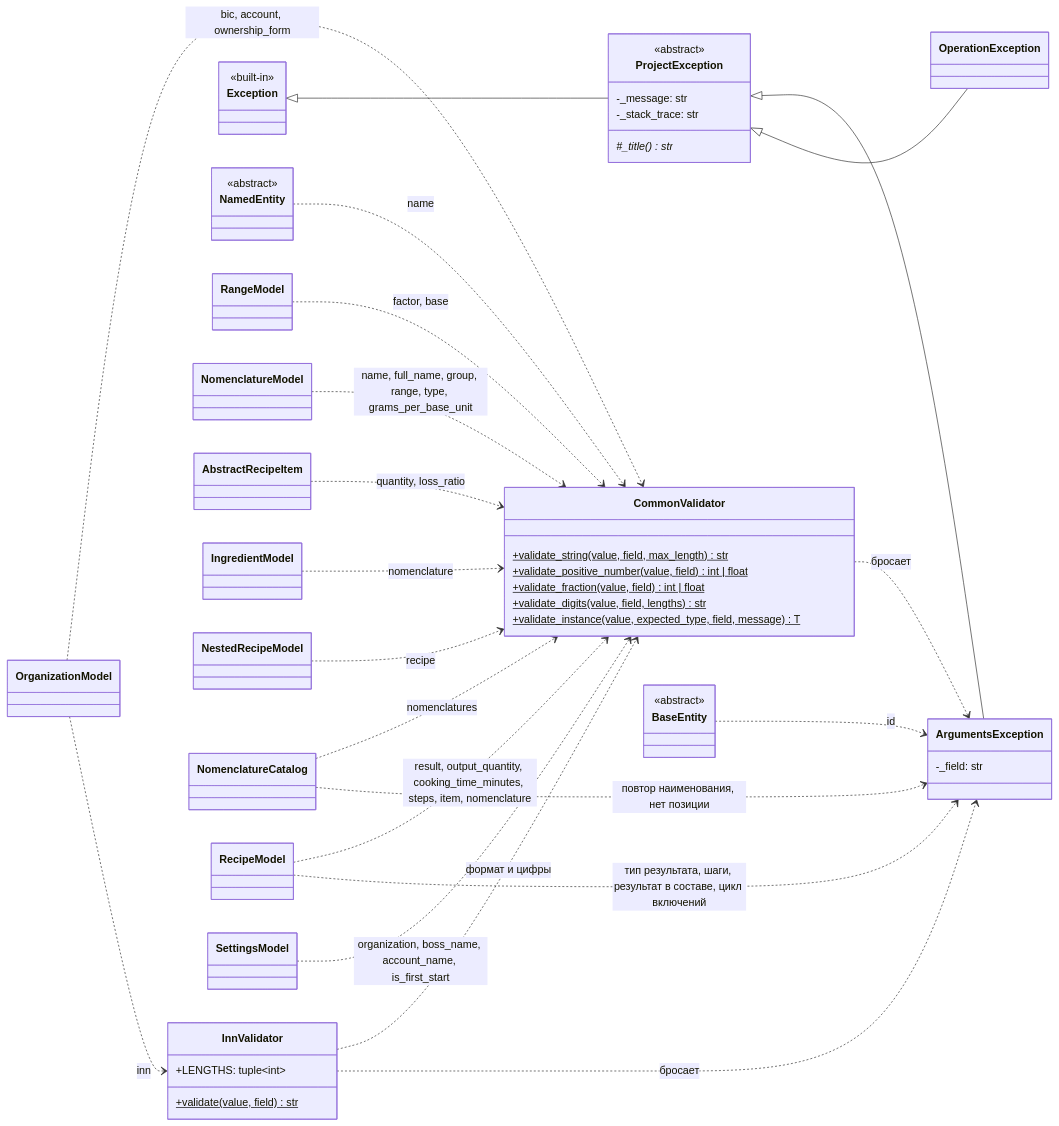
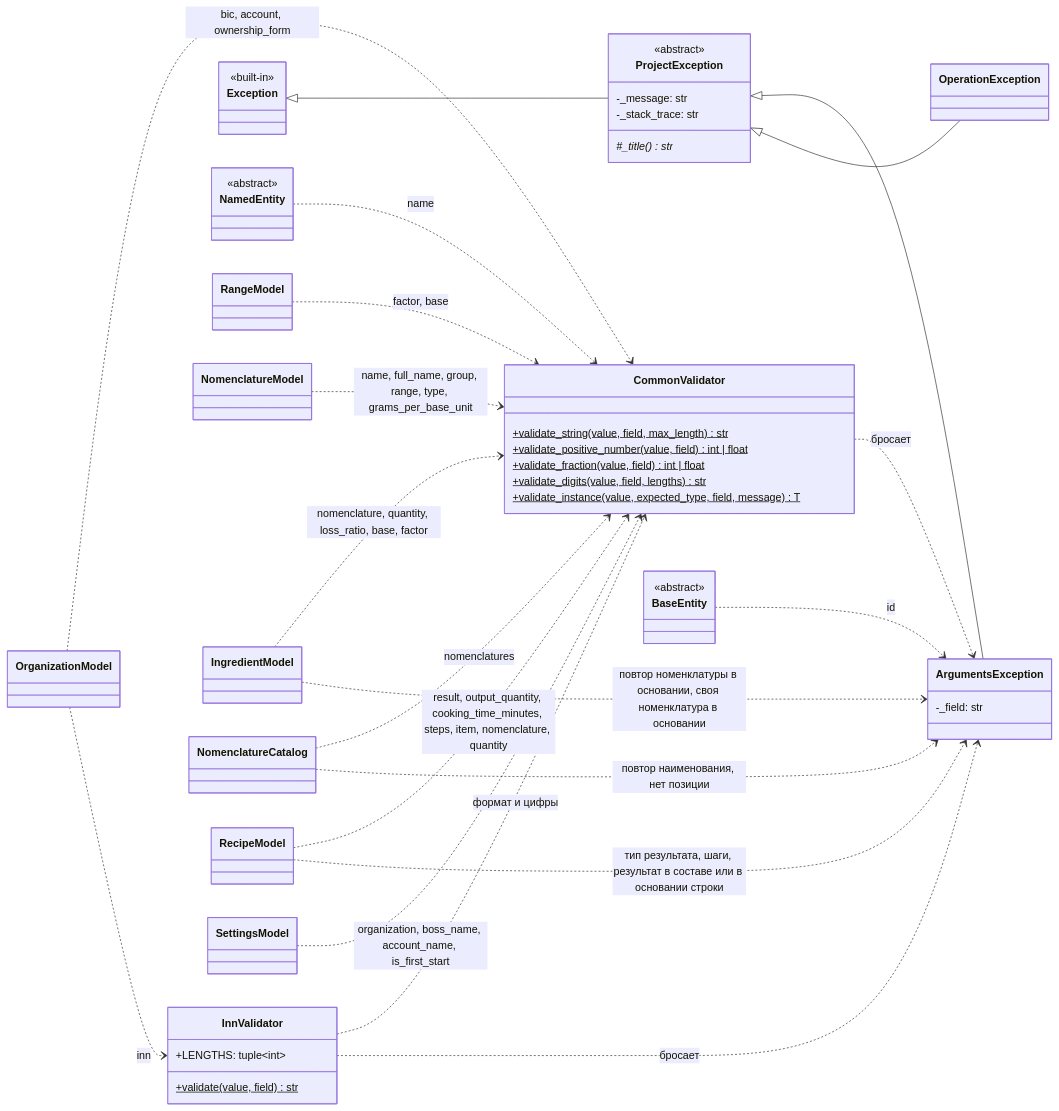
One commit to asutenshi/design-patterns changed the third of 5 diagrams in Docs/ClassDiagram.md. Above: the diagram before and after it, drawn with Mermaid. The commit also changed other lines of this file and 13 other files, not shown here.

First line of the commit message:
refactor: replace nested recipes with ingredient base snapshots

````diff
--- a/Docs/ClassDiagram.md
+++ b/Docs/ClassDiagram.md
@@ -323,73 +294,70 @@
 ```mermaid
 classDiagram
     direction LR
 
     class CommonValidator {
         +validate_string(value, field, max_length)$ str
         +validate_positive_number(value, field)$ int | float
         +validate_fraction(value, field)$ int | float
         +validate_digits(value, field, lengths)$ str
         +validate_instance(value, expected_type, field, message)$ T
     }
 
     class InnValidator {
         +LENGTHS: tuple~int~
         +validate(value, field)$ str
     }
 
     class ProjectException {
         <<abstract>>
         -_message: str
         -_stack_trace: str
         #_title()* str
     }
 
     class ArgumentsException {
         -_field: str
     }
 
     class OperationException
 
     class Exception {
         <<built-in>>
     }
 
     class NamedEntity {
         <<abstract>>
     }
 
     class BaseEntity {
         <<abstract>>
     }
 
     class RangeModel
     class NomenclatureModel
-    class AbstractRecipeItem
     class IngredientModel
-    class NestedRecipeModel
     class NomenclatureCatalog
     class RecipeModel
     class OrganizationModel
     class SettingsModel
 
     Exception <|-- ProjectException
     ProjectException <|-- ArgumentsException
     ProjectException <|-- OperationException
     InnValidator ..> CommonValidator : формат и цифры
     CommonValidator ..> ArgumentsException : бросает
     InnValidator ..> ArgumentsException : бросает
     BaseEntity ..> ArgumentsException : id
     NamedEntity ..> CommonValidator : name
     RangeModel ..> CommonValidator : factor, base
     NomenclatureModel ..> CommonValidator : name, full_name, group, range, type, grams_per_base_unit
-    AbstractRecipeItem ..> CommonValidator : quantity, loss_ratio
-    IngredientModel ..> CommonValidator : nomenclature
-    NestedRecipeModel ..> CommonValidator : recipe
+    IngredientModel ..> CommonValidator : nomenclature, quantity, loss_ratio, base, factor
+    IngredientModel ..> ArgumentsException : повтор номенклатуры в основании, своя номенклатура в основании
     NomenclatureCatalog ..> CommonValidator : nomenclatures
     NomenclatureCatalog ..> ArgumentsException : повтор наименования, нет позиции
-    RecipeModel ..> CommonValidator : result, output_quantity, cooking_time_minutes, steps, item, nomenclature
-    RecipeModel ..> ArgumentsException : тип результата, шаги, результат в составе, цикл включений
+    RecipeModel ..> CommonValidator : result, output_quantity, cooking_time_minutes, steps, item, nomenclature, quantity
+    RecipeModel ..> ArgumentsException : тип результата, шаги, результат в составе или в основании строки
     OrganizationModel ..> CommonValidator : bic, account, ownership_form
     OrganizationModel ..> InnValidator : inn
     SettingsModel ..> CommonValidator : organization, boss_name, account_name, is_first_start
 ```
````
